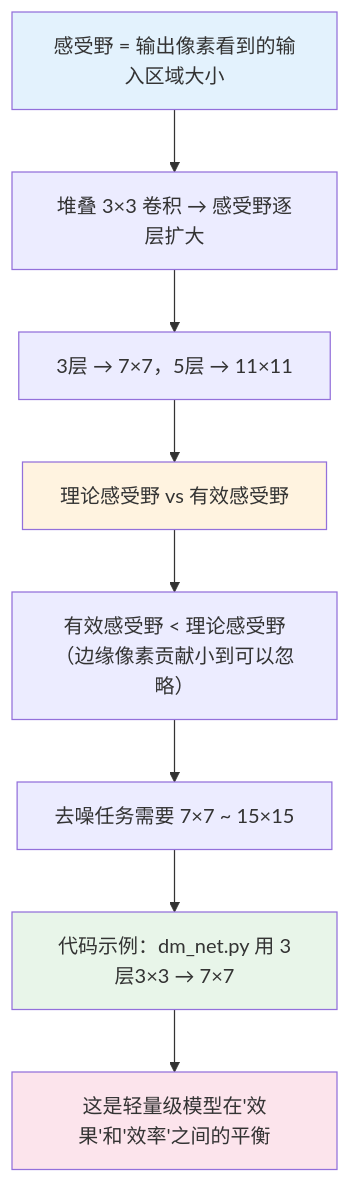
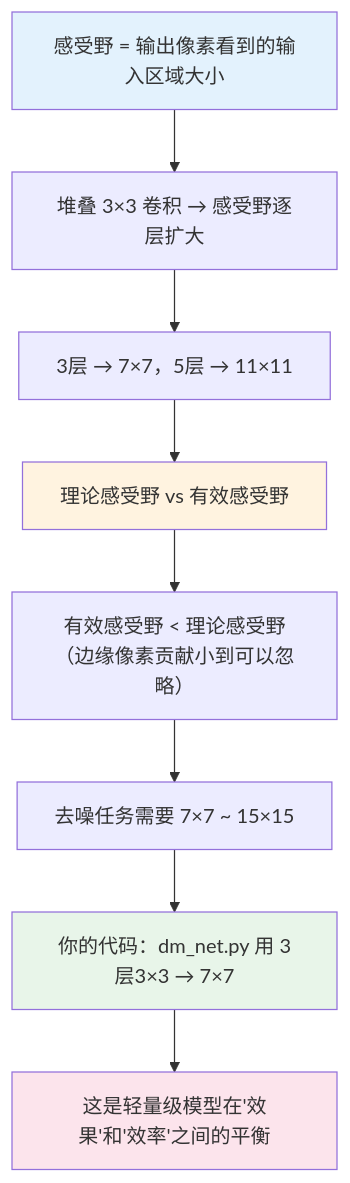
The second of 2 diagrams in content/AI/4 深度学习/2.4 感受野.md (bluhuang/blogs-of-bluhuang), drawn with Mermaid before and after one commit. The commit also changed other lines of this file and 58 other files, not shown here.

````diff
--- a/content/AI/4 深度学习/2.4 感受野.md
+++ b/content/AI/4 深度学习/2.4 感受野.md
@@ -291,18 +283,18 @@
 ```mermaid
 flowchart TD
     A["感受野 = 输出像素看到的输入区域大小"]
     A --> B["堆叠 3×3 卷积 → 感受野逐层扩大"]
     B --> C["3层 → 7×7，5层 → 11×11"]
     
     C --> D["理论感受野 vs 有效感受野"]
     D --> E["有效感受野 < 理论感受野<br/>（边缘像素贡献小到可以忽略）"]
     
     E --> F["去噪任务需要 7×7 ~ 15×15"]
-    F --> G["代码示例：dm_net.py 用 3层3×3 → 7×7"]
+    F --> G["你的代码：dm_net.py 用 3层3×3 → 7×7"]
     G --> H["这是轻量级模型在'效果'和'效率'之间的平衡"]
     
     style A fill:#e3f2fd
     style D fill:#fff3e0
     style G fill:#e8f5e9
     style H fill:#fce4ec
 ```
````
